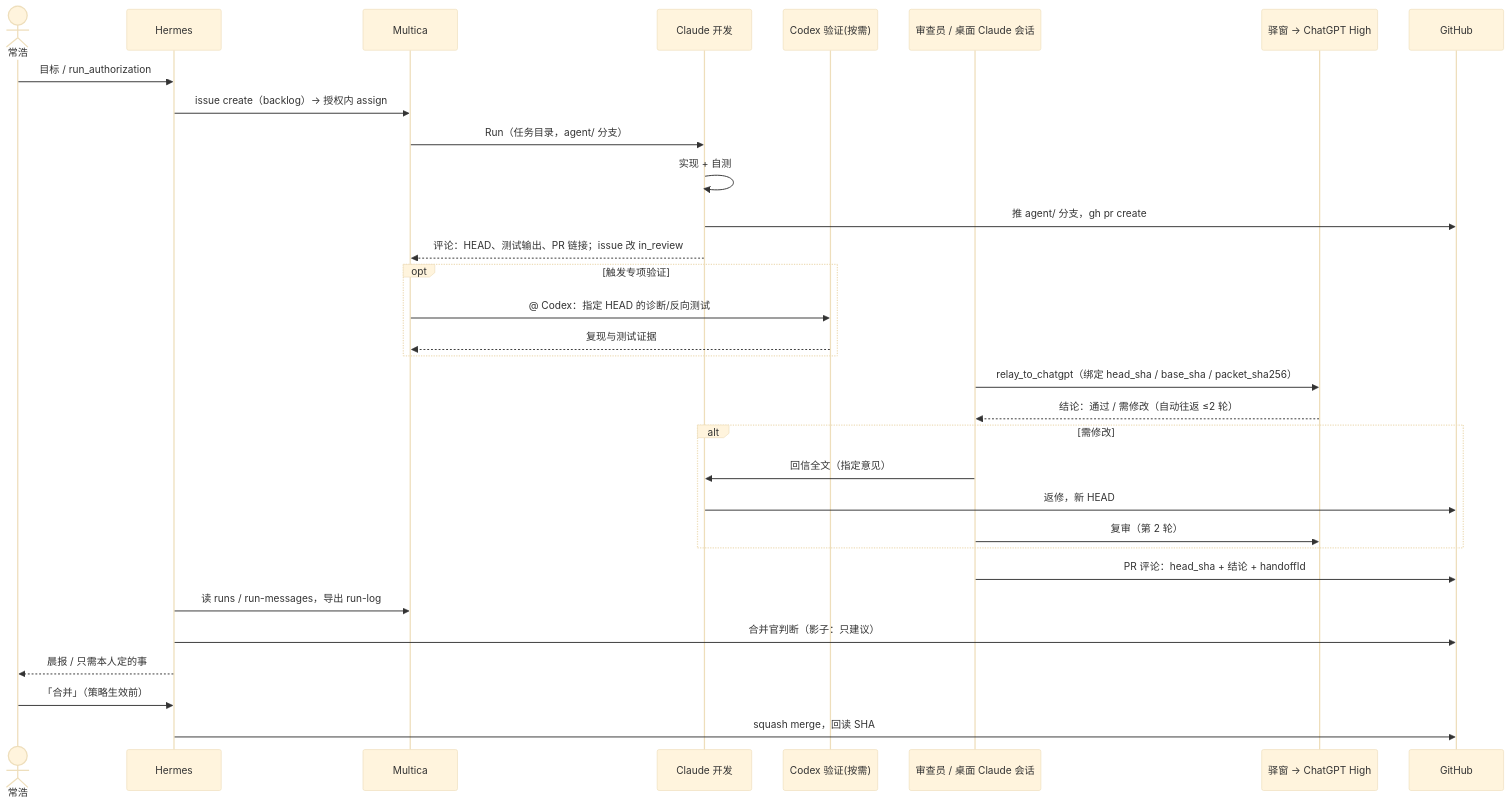
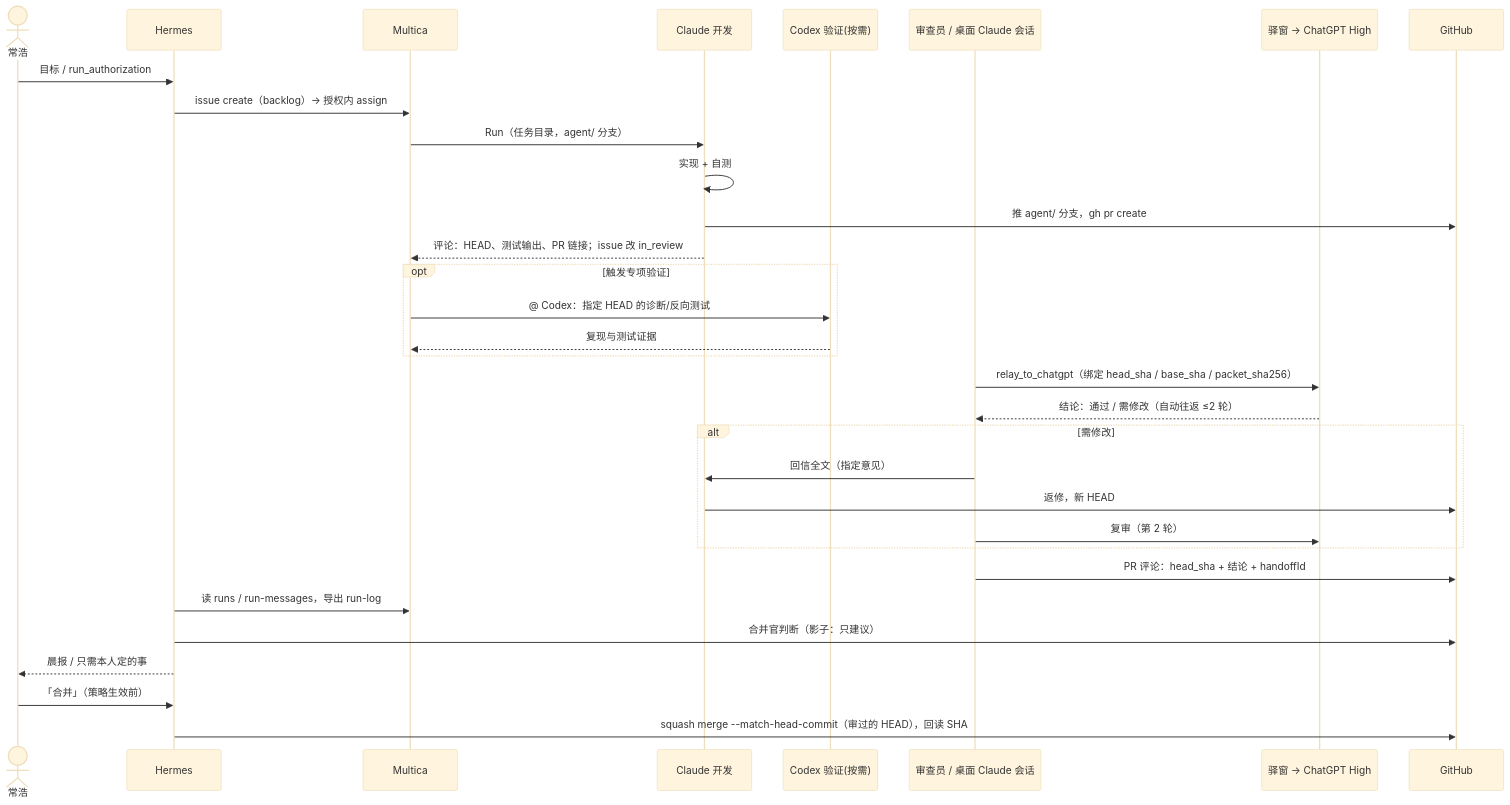
Before and after one commit to Natsukashii1997/digital-twin: the third of 4 diagrams in docs/DT-ORC/ARCHITECTURE.md, drawn with Mermaid (base theme). The commit also changed other lines of this file and 2 other files, not shown here.

````diff
--- a/docs/DT-ORC/ARCHITECTURE.md
+++ b/docs/DT-ORC/ARCHITECTURE.md
@@ -384,34 +421,34 @@
 ```mermaid
 sequenceDiagram
     actor Owner as 常浩
     participant H as Hermes
     participant M as Multica
     participant C as Claude 开发
     participant X as Codex 验证(按需)
     participant R as 审查员 / 桌面 Claude 会话
     participant P as 驿窗 → ChatGPT High
     participant GH as GitHub
     Owner->>H: 目标 / run_authorization
     H->>M: issue create（backlog）→ 授权内 assign
     M->>C: Run（任务目录，agent/ 分支）
     C->>C: 实现 + 自测
     C->>GH: 推 agent/ 分支，gh pr create
     C-->>M: 评论：HEAD、测试输出、PR 链接；issue 改 in_review
     opt 触发专项验证
       M->>X: @ Codex：指定 HEAD 的诊断/反向测试
       X-->>M: 复现与测试证据
     end
     R->>P: relay_to_chatgpt（绑定 head_sha / base_sha / packet_sha256）
     P-->>R: 结论：通过 / 需修改（自动往返 ≤2 轮）
     alt 需修改
       R->>C: 回信全文（指定意见）
       C->>GH: 返修，新 HEAD
       R->>P: 复审（第 2 轮）
     end
     R->>GH: PR 评论：head_sha + 结论 + handoffId
     H->>M: 读 runs / run-messages，导出 run-log
     H->>GH: 合并官判断（影子：只建议）
     H-->>Owner: 晨报 / 只需本人定的事
     Owner->>H: 「合并」（策略生效前）
-    H->>GH: squash merge，回读 SHA
+    H->>GH: squash merge --match-head-commit（审过的 HEAD），回读 SHA
 ```
````
